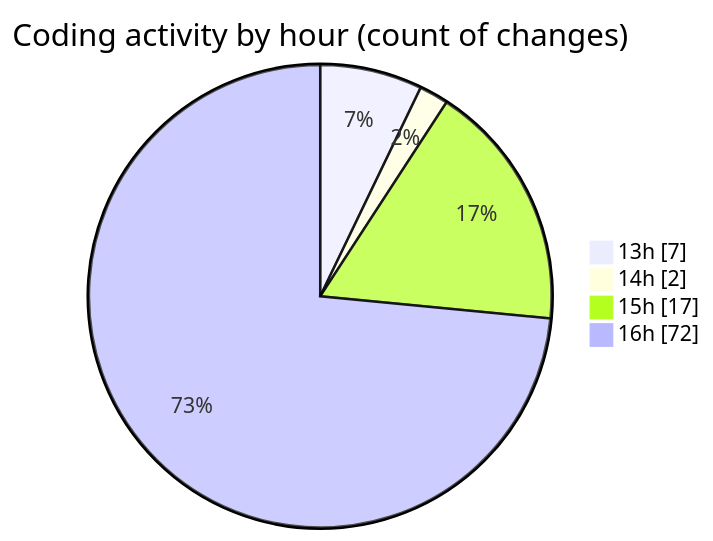
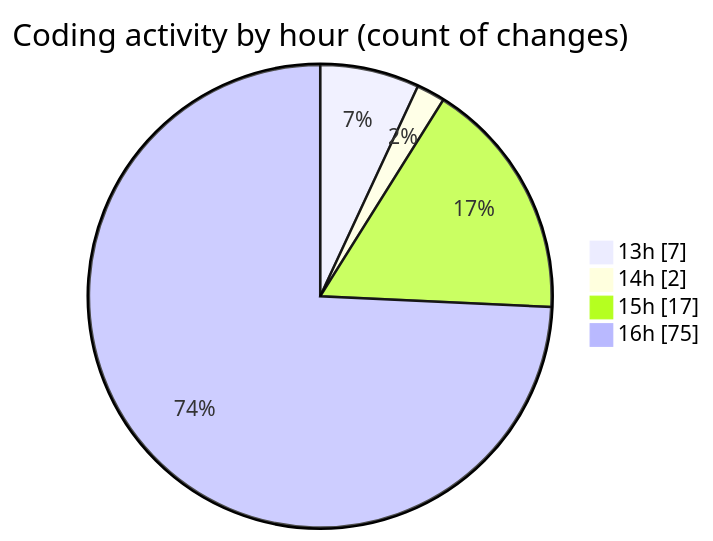
Before and after one commit to charlie-sans/code-tracking: the second of 2 diagrams in 2025-02-24/micros/README.md, drawn with Mermaid. The commit also changed other lines of this file and 1 other file, not shown here.

````diff
--- a/2025-02-24/micros/README.md
+++ b/2025-02-24/micros/README.md
@@ -45,8 +45,8 @@
 ```mermaid
 pie showData
 title Coding activity by hour (count of changes)
 "13h" : 7
 "14h" : 2
 "15h" : 17
-"16h" : 72
+"16h" : 75
 ```
````
